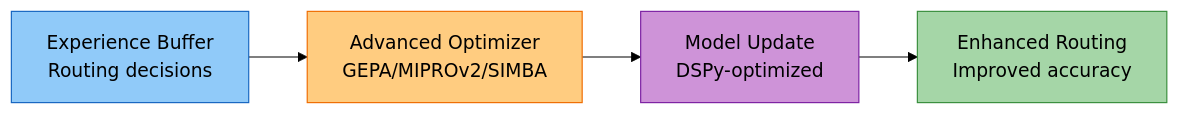
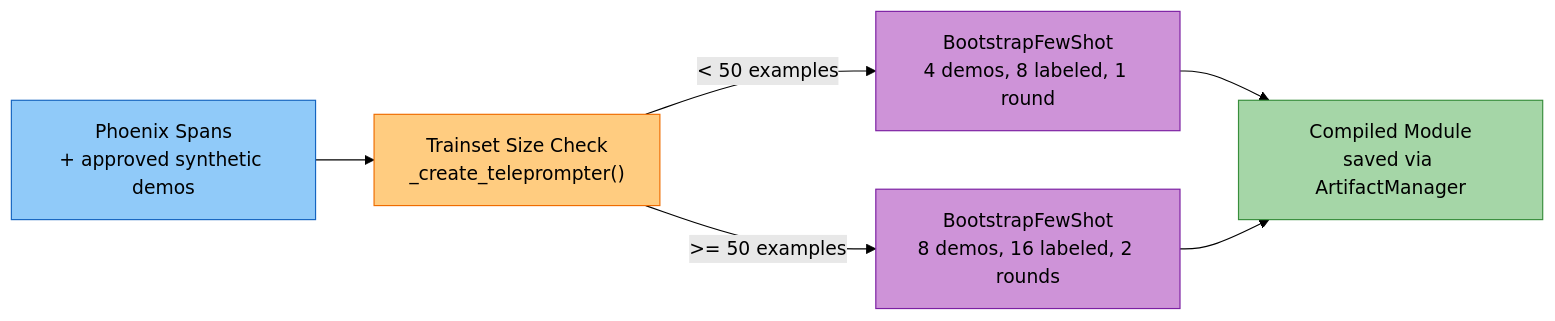
One commit to amit-jain/cogniverse changed the third of 5 diagrams in docs/operations/performance-monitoring.md. Above: the diagram before and after it, drawn with Mermaid (forest theme). The commit also changed other lines of this file and 50 other files, not shown here.

First line of the commit message:
Complete and verify docs against code with mermaid palette

````diff
--- a/docs/operations/performance-monitoring.md
+++ b/docs/operations/performance-monitoring.md
@@ -155,15 +163,18 @@
 ```mermaid
 flowchart LR
-    Experience["<span style='color:#000'>Experience Buffer<br/>Routing decisions</span>"]
+    Spans["<span style='color:#000'>Phoenix Spans<br/>+ approved synthetic demos</span>"]
 
-    Experience --> Optimizer["<span style='color:#000'>Advanced Optimizer<br/>GEPA/MIPROv2/SIMBA</span>"]
+    Spans --> Trainset["<span style='color:#000'>Trainset Size Check<br/>_create_teleprompter()</span>"]
 
-    Optimizer --> ModelUpdate["<span style='color:#000'>Model Update<br/>DSPy-optimized</span>"]
+    Trainset -->|"< 50 examples"| Small["<span style='color:#000'>BootstrapFewShot<br/>4 demos, 8 labeled, 1 round</span>"]
+    Trainset -->|">= 50 examples"| Large["<span style='color:#000'>BootstrapFewShot<br/>8 demos, 16 labeled, 2 rounds</span>"]
 
-    ModelUpdate --> Routing["<span style='color:#000'>Enhanced Routing<br/>Improved accuracy</span>"]
+    Small --> Artifact["<span style='color:#000'>Compiled Module<br/>saved via ArtifactManager</span>"]
+    Large --> Artifact
 
-    style Experience fill:#90caf9,stroke:#1565c0,color:#000
-    style Optimizer fill:#ffcc80,stroke:#ef6c00,color:#000
-    style ModelUpdate fill:#ce93d8,stroke:#7b1fa2,color:#000
-    style Routing fill:#a5d6a7,stroke:#388e3c,color:#000
+    style Spans fill:#90caf9,stroke:#1565c0,color:#000
+    style Trainset fill:#ffcc80,stroke:#ef6c00,color:#000
+    style Small fill:#ce93d8,stroke:#7b1fa2,color:#000
+    style Large fill:#ce93d8,stroke:#7b1fa2,color:#000
+    style Artifact fill:#a5d6a7,stroke:#388e3c,color:#000
 ```
````
